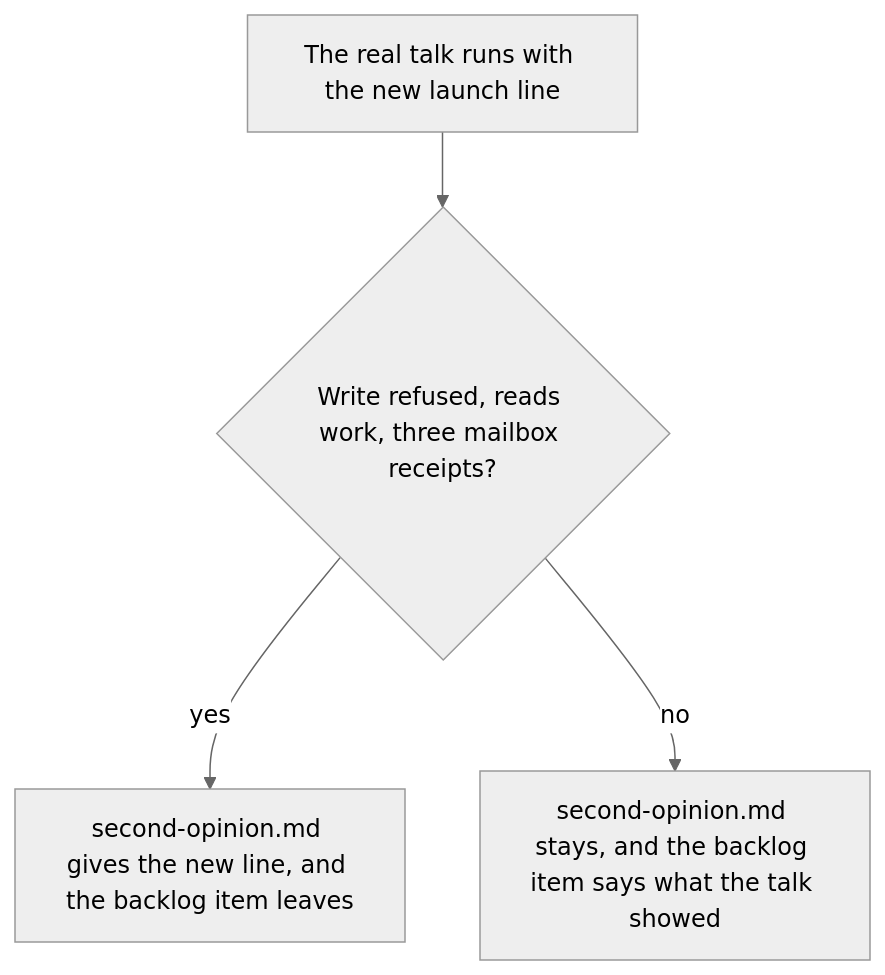
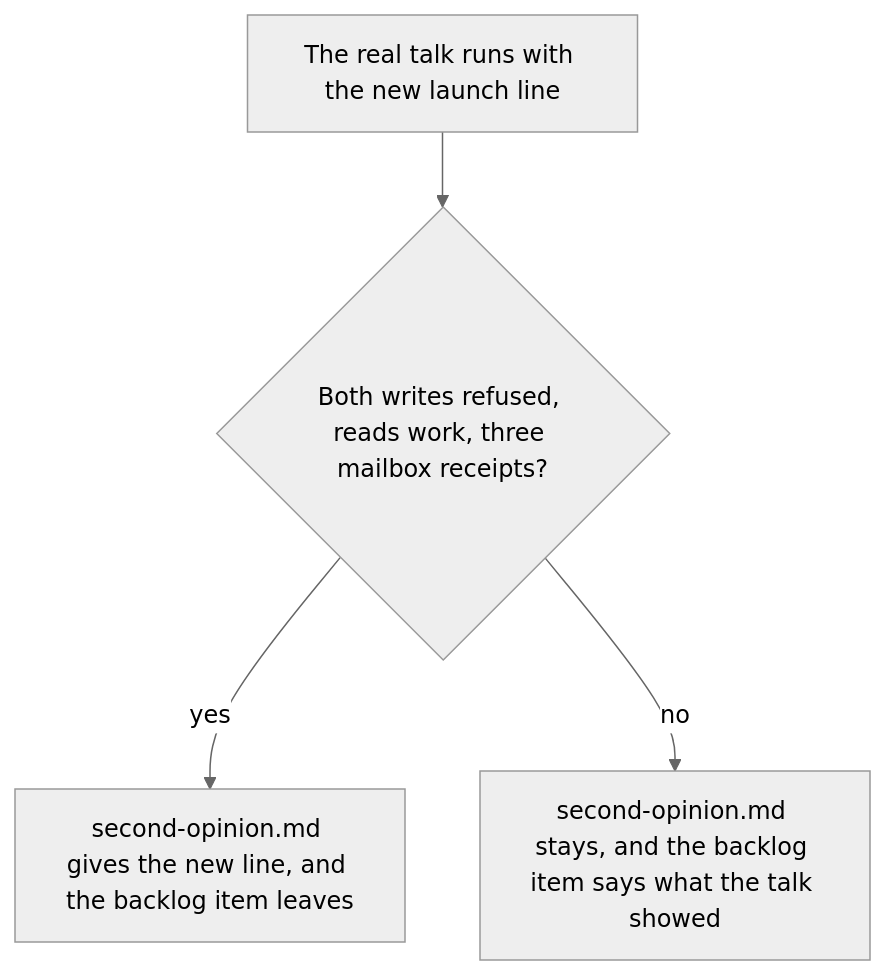
Before and after one commit to pySilver/lem: the diagram in docs/plans/2026-11-21-plan-reviewer-read-only.md, drawn with Mermaid (neutral theme). The commit also changed other lines of this file, not shown here.

First line of the commit message:
docs(plans): the probe tries a second write beside the reply file, which tells a grant of one file from a grant of its folder

````diff
--- a/docs/plans/2026-11-21-plan-reviewer-read-only.md
+++ b/docs/plans/2026-11-21-plan-reviewer-read-only.md
@@ -25,6 +25,6 @@
 ```mermaid
 flowchart TD
-  A["The real talk runs with the new launch line"] --> B{"Write refused, reads work, three mailbox receipts?"}
+  A["The real talk runs with the new launch line"] --> B{"Both writes refused, reads work, three mailbox receipts?"}
   B -->|"yes"| C["second-opinion.md gives the new line, and the backlog item leaves"]
   B -->|"no"| D["second-opinion.md stays, and the backlog item says what the talk showed"]
 ```
````
